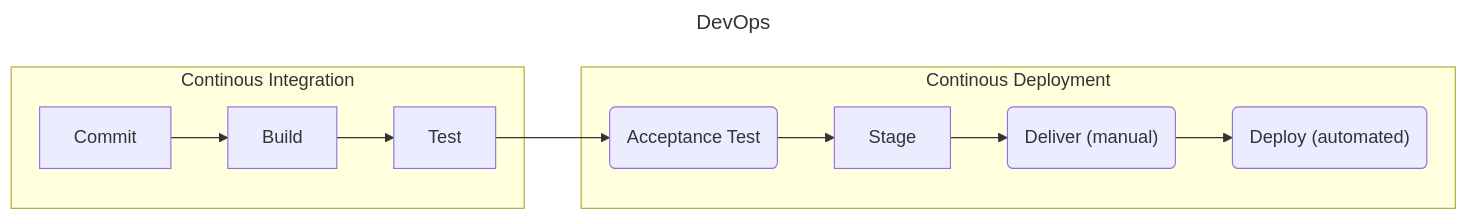
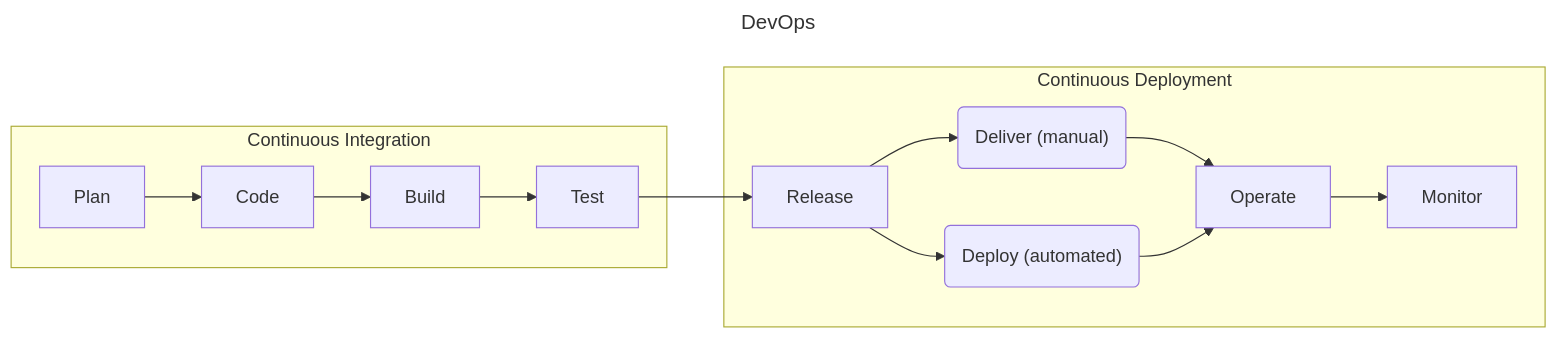
One commit to cyberphor/knowledge-base changed the diagram in theory/devops/README.md. Above: the diagram before and after it, drawn with Mermaid. The commit also changed other lines of this file and 2 other files, not shown here.

Commit message:
Added some DevOps notes

````diff
--- a/theory/devops/README.md
+++ b/theory/devops/README.md
@@ -73,17 +82,18 @@
 ```mermaid
 ---
 title: DevOps
 ---
 flowchart LR
-  subgraph "Continous Integration"
-    Commit 
+  subgraph "Continuous Integration"
+    Plan
+    --> Code
     --> Build 
     --> Test
   end
-  subgraph "Continous Deployment"
-    AcceptanceTest("Acceptance Test") --> Stage 
-      --> Deliver("Deliver (manual)")
-      --> Deploy("Deploy (automated)")
+  Test --> Release
+  subgraph "Continuous Deployment"
+    Release --> Deliver("Deliver (manual)") --> Operate
+    Release --> Deploy("Deploy (automated)") --> Operate
+    Operate --> Monitor
   end
-  Test --> AcceptanceTest
 ```
````
